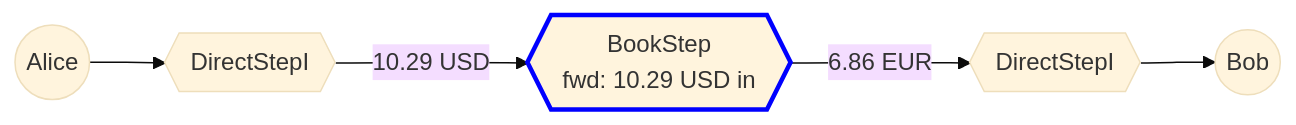
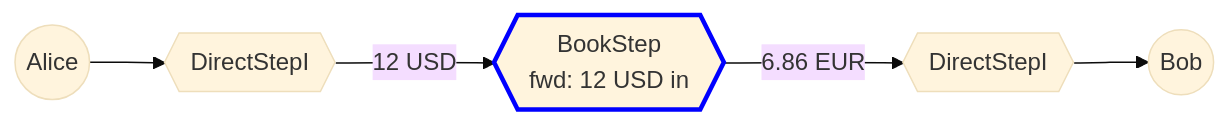
One commit to XRPLF/dex-docs changed diagram 11 of 12 in docs/flow/README.md. Above: the diagram before and after it, drawn with Mermaid (base theme). The commit also changed other lines of this file and 15 other files, not shown here.

````diff
--- a/docs/flow/README.md
+++ b/docs/flow/README.md
@@ -1535,11 +1559,11 @@
 ```mermaid
 flowchart LR
     alice((Alice))
     aliceToIssuer{{DirectStepI}}
-    issuerToOfferToIssuer{{BookStep<br>fwd: 10.29 USD in}}
+    issuerToOfferToIssuer{{BookStep<br>fwd: 12 USD in}}
     issuerToBob{{DirectStepI}}
     bob((Bob))
-    alice --> aliceToIssuer -- 10.29 USD --> issuerToOfferToIssuer -- 6.86 EUR --> issuerToBob --> bob
+    alice --> aliceToIssuer -- 12 USD --> issuerToOfferToIssuer -- 6.86 EUR --> issuerToBob --> bob
 
     style issuerToOfferToIssuer stroke:blue,stroke-width:3px
 ```
````
